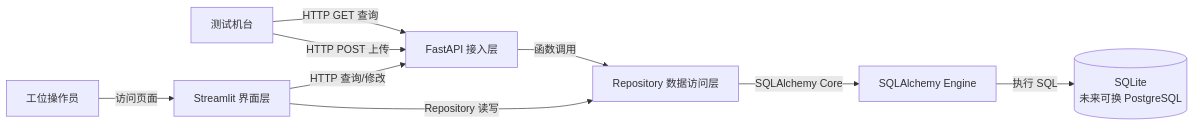
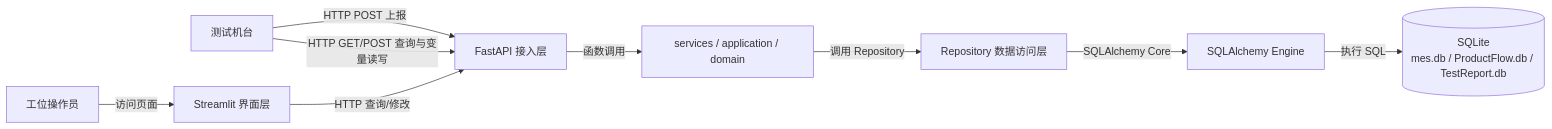
Before and after one commit to ykmugua/my-mini-mes-pyhton: the diagram in docs/system_design_framework/manual.md, drawn with Mermaid. The commit also changed other lines of this file and 45 other files, not shown here.

Commit message:
refactor: split API routes and align flow lifecycle

````diff
--- a/docs/system_design_framework/manual.md
+++ b/docs/system_design_framework/manual.md
@@ -7,11 +5,11 @@
 ```mermaid
 flowchart LR
-    A["测试机台"] -->|HTTP POST 上传| C["FastAPI 接入层"]
-    A -->|HTTP GET 查询| C
+    A["测试机台"] -->|HTTP POST 上报| C["FastAPI 接入层"]
+    A -->|HTTP GET/POST 查询与变量读写| C
     B["工位操作员"] -->|访问页面| D["Streamlit 界面层"]
-    D -->|Repository 读写| E["Repository 数据访问层"]
     D -->|HTTP 查询/修改| C
-    C -->|函数调用| E
+    C -->|函数调用| S["services / application / domain"]
+    S -->|调用 Repository| E["Repository 数据访问层"]
     E -->|SQLAlchemy Core| F["SQLAlchemy Engine"]
-    F -->|执行 SQL| G[("SQLite<br/>未来可换 PostgreSQL")]
+    F -->|执行 SQL| G[("SQLite<br/>mes.db / ProductFlow.db / TestReport.db")]
 ```
````
